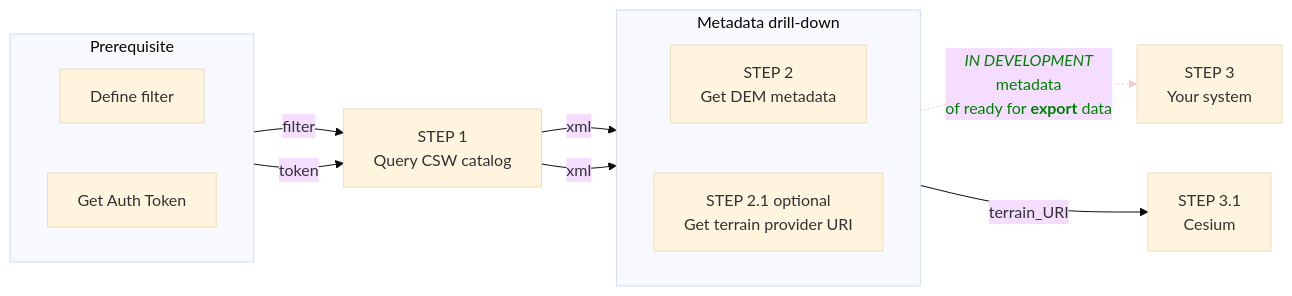
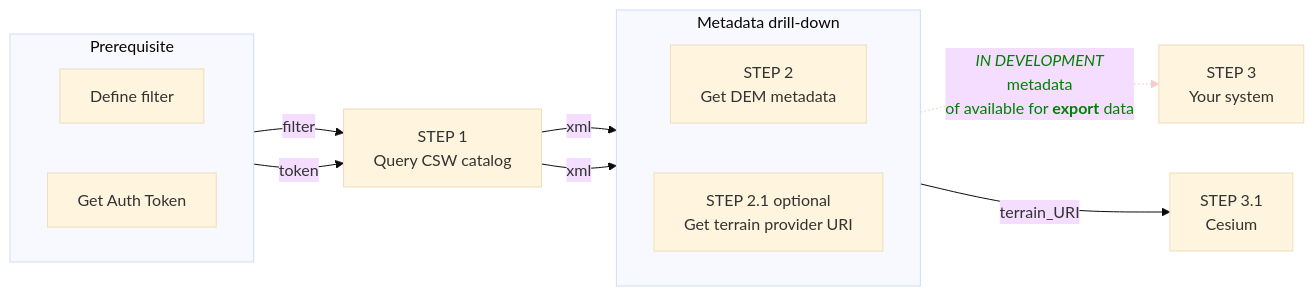
Before and after one commit to MapColonies/developer-portal: the diagram in docs/MapColonies/DEM/Guides/DEM_getting_started.md, drawn with Mermaid (base theme). The commit also changed other lines of this file and 2 other files, not shown here.

````diff
--- a/docs/MapColonies/DEM/Guides/DEM_getting_started.md
+++ b/docs/MapColonies/DEM/Guides/DEM_getting_started.md
@@ -18,22 +18,22 @@
 ```mermaid
 flowchart LR
     subgraph  Prerequisite
       direction LR
       a1[Define filter]
       a2[Get Auth Token]
     end
 
     a1 -- filter --> B[STEP 1<br/> Query CSW catalog]
     a2 -- token --> B
     subgraph  Metadata drill-down
       direction LR
       c1[STEP 2<br/>Get DEM metadata]
       c2[STEP 2.1 optional<br/>Get terrain provider URI]
     end
     B -- xml --> c1
     B -- xml --> c2
-    c1 -. <i>IN DEVELOPMENT</i> <br/>metadata<br/>of ready for <b>export</b> data .-> E[STEP 3<br/>Your system]
+    c1 -. <i>IN DEVELOPMENT</i> <br/>metadata<br/>of available for <b>export</b> data .-> E[STEP 3<br/>Your system]
     c2 -- terrain_URI --> D[STEP 3.1<br/>Cesium]
 
     linkStyle 4 color:green,stroke:#f4cccc,stroke-width:5px %% Arrow 
 ```
````
